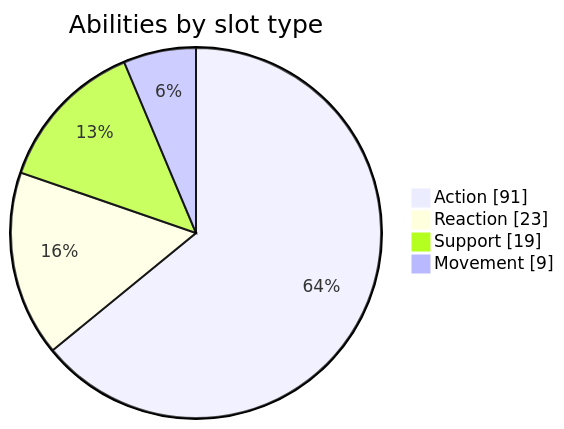
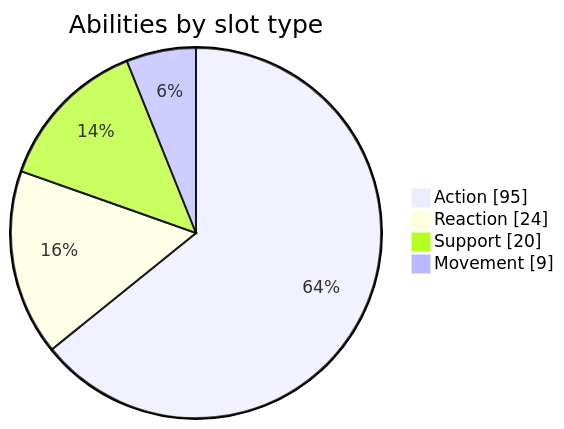
One commit to CptNope/Chess-RPG-Tactics changed the second of 4 diagrams in docs/CONTENT_REFERENCE.md. Above: the diagram before and after it, drawn with Mermaid. The commit also changed other lines of this file and 30 other files, not shown here.

````diff
--- a/docs/CONTENT_REFERENCE.md
+++ b/docs/CONTENT_REFERENCE.md
@@ -150,7 +154,7 @@
 ```mermaid
 pie showData title Abilities by slot type
-  "Action" : 91
-  "Reaction" : 23
-  "Support" : 19
+  "Action" : 95
+  "Reaction" : 24
+  "Support" : 20
   "Movement" : 9
 ```
````
